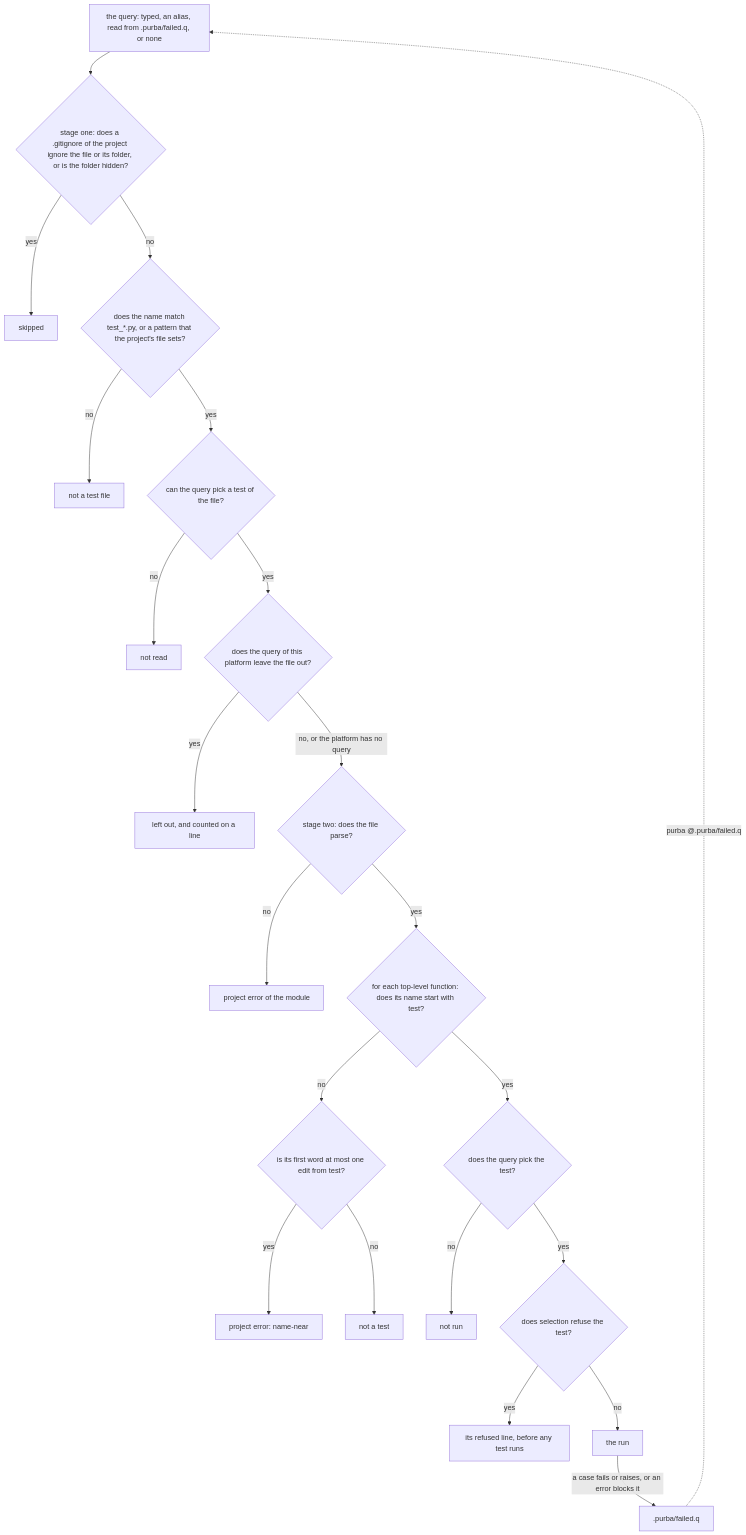
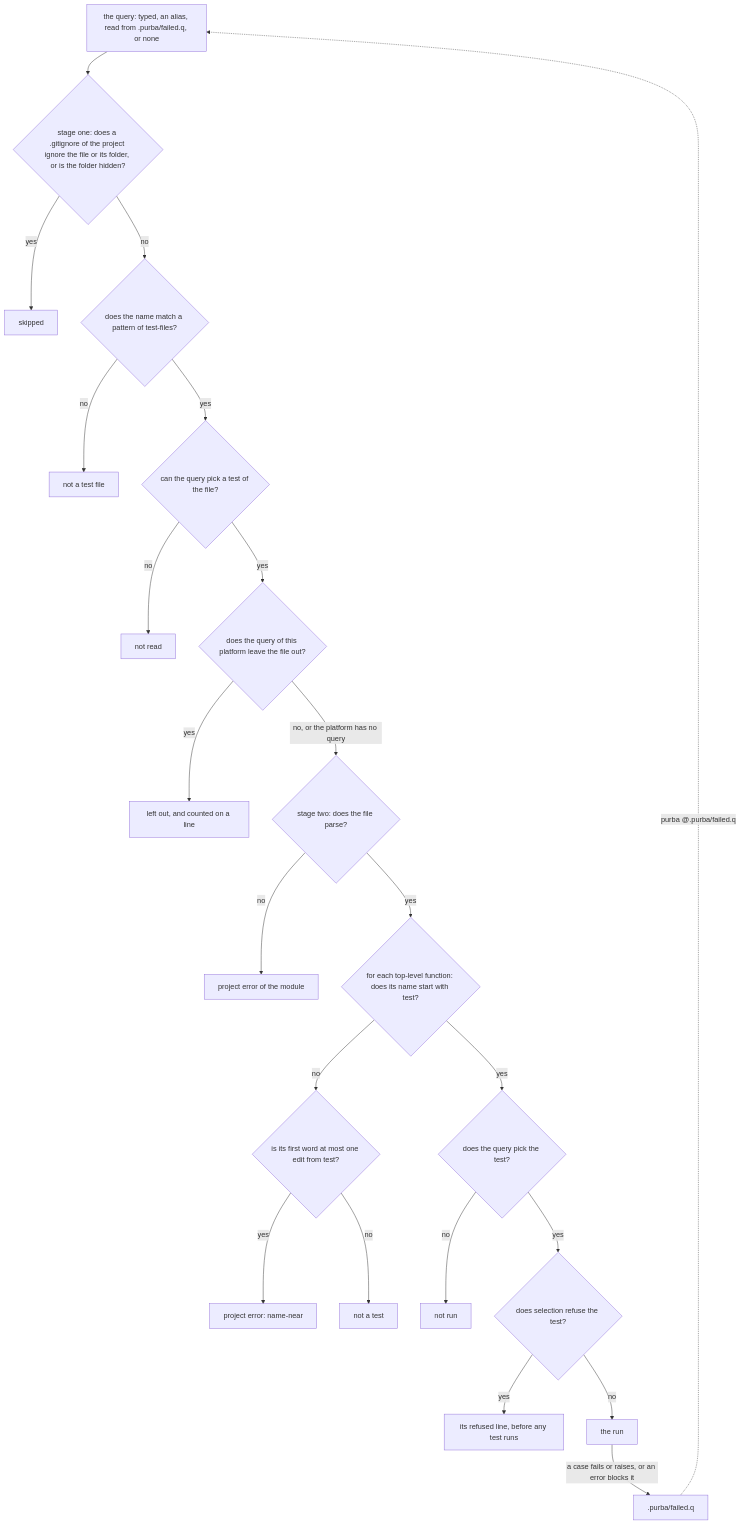
Before and after one commit to kalonji-tools/purba: the first of 2 diagrams in docs/decisions/purba-picks-a-test-by-its-name-and-the-tests-of-a-run-by-one-query.md, drawn with Mermaid. The commit also changed other lines of this file and 22 other files, not shown here.

````diff
--- a/docs/decisions/purba-picks-a-test-by-its-name-and-the-tests-of-a-run-by-one-query.md
+++ b/docs/decisions/purba-picks-a-test-by-its-name-and-the-tests-of-a-run-by-one-query.md
@@ -52,24 +52,24 @@
 ```mermaid
 flowchart TD
   query["the query: typed, an alias, read from .purba/failed.q, or none"] --> folder{"stage one: does a .gitignore of the project ignore the file or its folder, or is the folder hidden?"}
   folder -- yes --> skipped["skipped"]
-  folder -- no --> named{"does the name match test_*.py, or a pattern that the project's file sets?"}
+  folder -- no --> named{"does the name match a pattern of test-files?"}
   named -- no --> plain["not a test file"]
   named -- yes --> reach{"can the query pick a test of the file?"}
   reach -- no --> unread["not read"]
   reach -- yes --> platform{"does the query of this platform leave the file out?"}
   platform -- yes --> left["left out, and counted on a line"]
   platform -- "no, or the platform has no query" --> parsed{"stage two: does the file parse?"}
   parsed -- no --> broken["project error of the module"]
   parsed -- yes --> fn{"for each top-level function: does its name start with test?"}
   fn -- yes --> picked{"does the query pick the test?"}
   fn -- no --> near{"is its first word at most one edit from test?"}
   near -- yes --> perr["project error: name-near"]
   near -- no --> helper["not a test"]
   picked -- no --> idle["not run"]
   picked -- yes --> refused{"does selection refuse the test?"}
   refused -- yes --> refusedline["its refused line, before any test runs"]
   refused -- no --> run["the run"]
   run -- "a case fails or raises, or an error blocks it" --> failed[".purba/failed.q"]
   failed -. "purba @.purba/failed.q" .-> query
 ```
````
